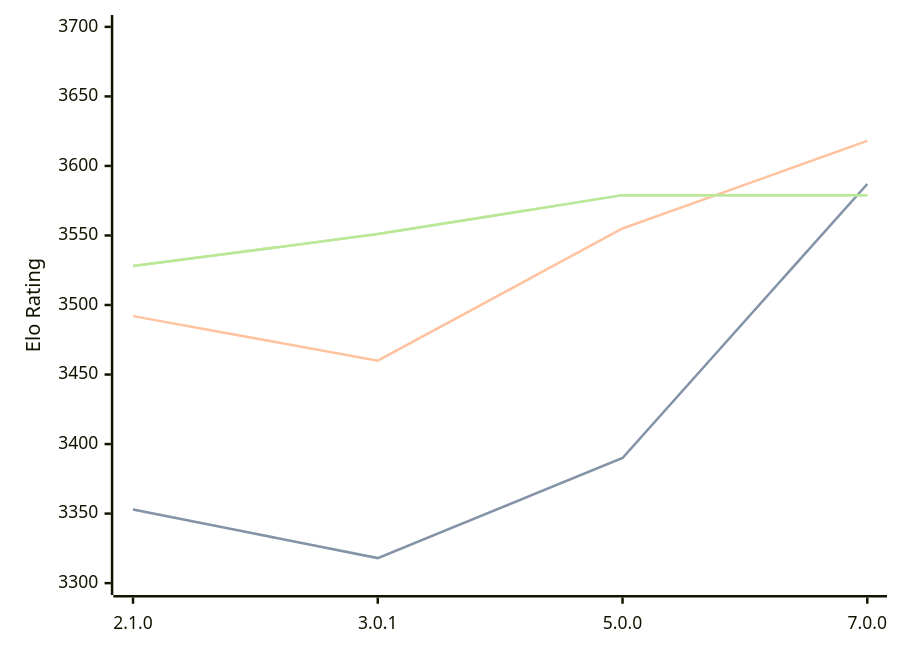
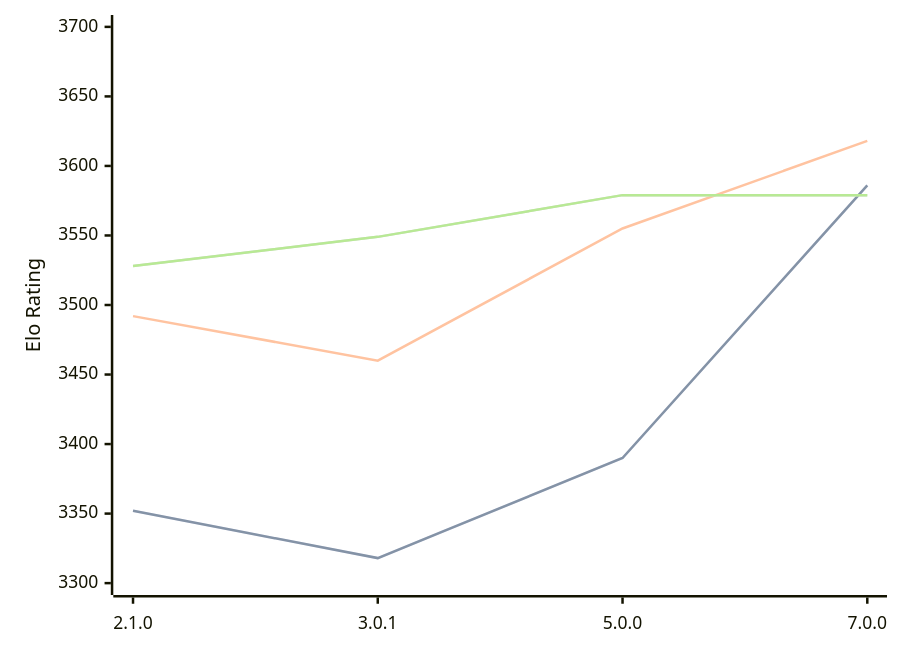
Before and after one commit to computer-chess-index/cci: the diagram in engines/PlentyChess.md, drawn with Mermaid. The commit also changed other lines of this file, not shown here.

Commit message:
Update CCI Ratings (ELO VLTC) - 2026-03-22

````diff
--- a/engines/PlentyChess.md
+++ b/engines/PlentyChess.md
@@ -45,11 +45,11 @@
 ```mermaid
 %%{init: {"theme":"base","themeVariables":{"seriesColors:['#a3a3a3','#222221','#faa371']}}}%%
 xychart-beta
   x-axis ["2.1.0", "3.0.1", "5.0.0", "7.0.0"]
   y-axis "Elo Rating" 3300 --> 3700
-  line "STC (8.0+0.08s)" [3353, 3318, 3390, 3587]
-  line "STC (8.0+0.08s)" [3353, 3318, 3390, 3587]
+  line "STC (8.0+0.08s)" [3352, 3318, 3390, 3586]
+  line "STC (8.0+0.08s)" [3352, 3318, 3390, 3586]
   line "LTC (60.0+0.60s)" [3492, 3460, 3555, 3618]
-  line "VLTC (2m24s+1.12s)" [3528, 3551, 3579, 3579]
-  line "VLTC (2m24s+1.12s)" [3528, 3551, 3579, 3579]
+  line "VLTC (2m24s+1.12s)" [3528, 3549, 3579, 3579]
+  line "VLTC (2m24s+1.12s)" [3528, 3549, 3579, 3579]
 ```
````
